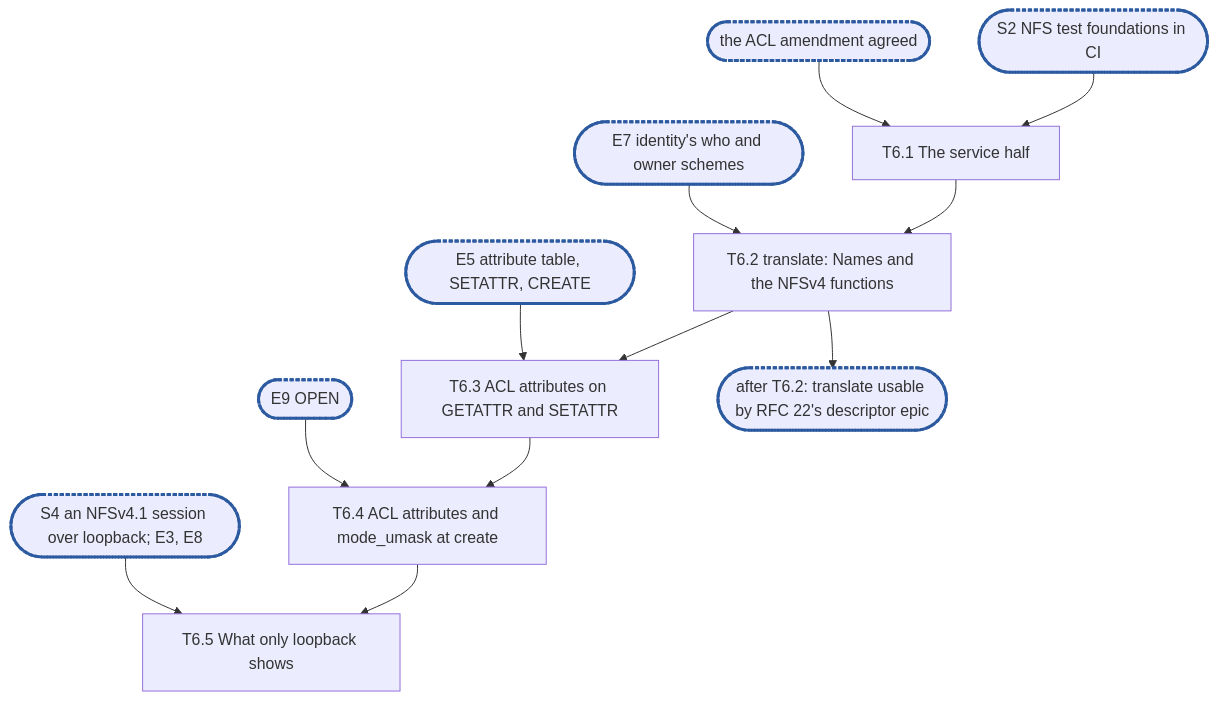
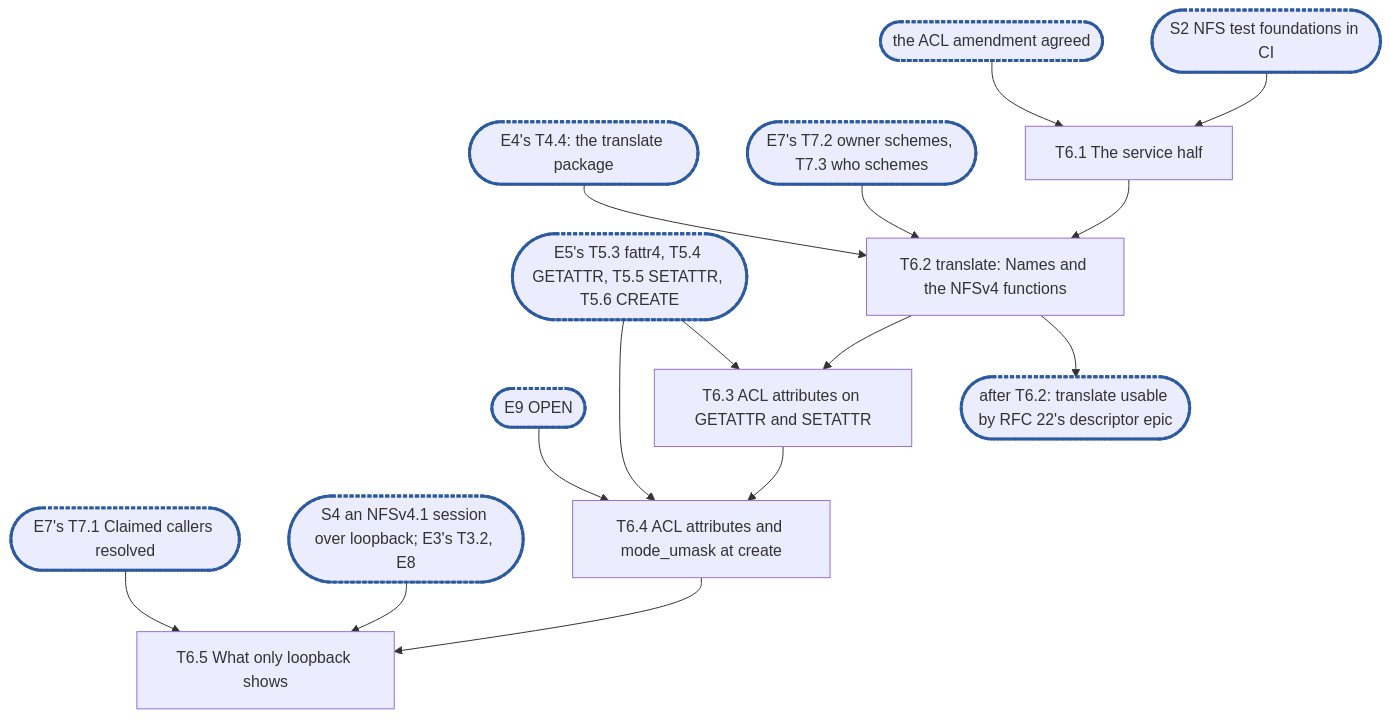
Before and after one commit to cubbit/dittofs: the diagram in .planning/rfc-21-nfs-epic6.md, drawn with Mermaid. The commit also changed other lines of this file, not shown here.

````diff
--- a/.planning/rfc-21-nfs-epic6.md
+++ b/.planning/rfc-21-nfs-epic6.md
@@ -605,16 +614,18 @@
 ```mermaid
 flowchart TD
   S2(["S2 NFS test foundations in CI"]):::sync
   AM(["the ACL amendment agreed"]):::sync
-  E7(["E7 identity's who and owner schemes"]):::sync
-  E5(["E5 attribute table, SETATTR, CREATE"]):::sync
+  E4(["E4's T4.4: the translate package"]):::sync
+  E7(["E7's T7.2 owner schemes, T7.3 who schemes"]):::sync
+  T7_1(["E7's T7.1 Claimed callers resolved"]):::sync
+  E5(["E5's T5.3 fattr4, T5.4 GETATTR, T5.5 SETATTR, T5.6 CREATE"]):::sync
   E9(["E9 OPEN"]):::sync
-  S4(["S4 an NFSv4.1 session over loopback; E3, E8"]):::sync
+  S4(["S4 an NFSv4.1 session over loopback; E3's T3.2, E8"]):::sync
   S2 & AM --> T6_1["T6.1 The service half"]
-  T6_1 & E7 --> T6_2["T6.2 translate: Names and the NFSv4 functions"]
+  T6_1 & E4 & E7 --> T6_2["T6.2 translate: Names and the NFSv4 functions"]
   T6_2 --> C1(["after T6.2: translate usable by RFC 22's descriptor epic"]):::sync
   T6_2 & E5 --> T6_3["T6.3 ACL attributes on GETATTR and SETATTR"]
-  T6_3 & E9 --> T6_4["T6.4 ACL attributes and mode_umask at create"]
-  T6_4 & S4 --> T6_5["T6.5 What only loopback shows"]
+  T6_3 & E5 & E9 --> T6_4["T6.4 ACL attributes and mode_umask at create"]
+  T6_4 & S4 & T7_1 --> T6_5["T6.5 What only loopback shows"]
   classDef sync stroke:#2c5aa0,stroke-width:3px,stroke-dasharray:4 2
 ```
````
